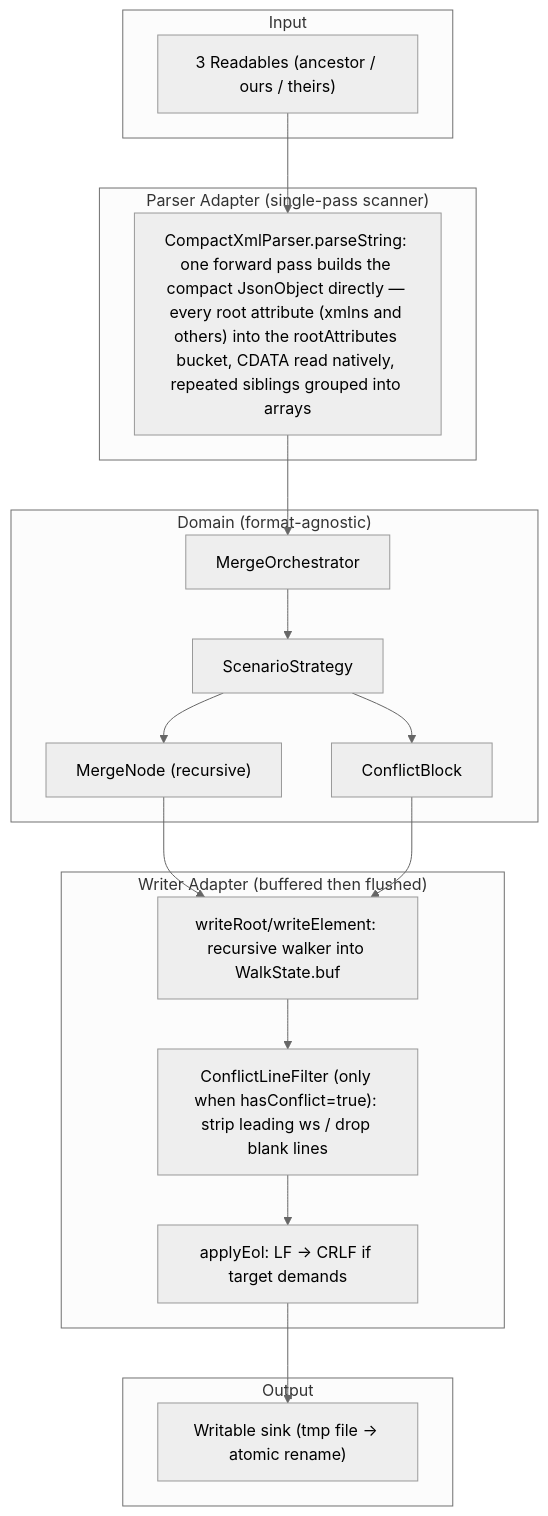
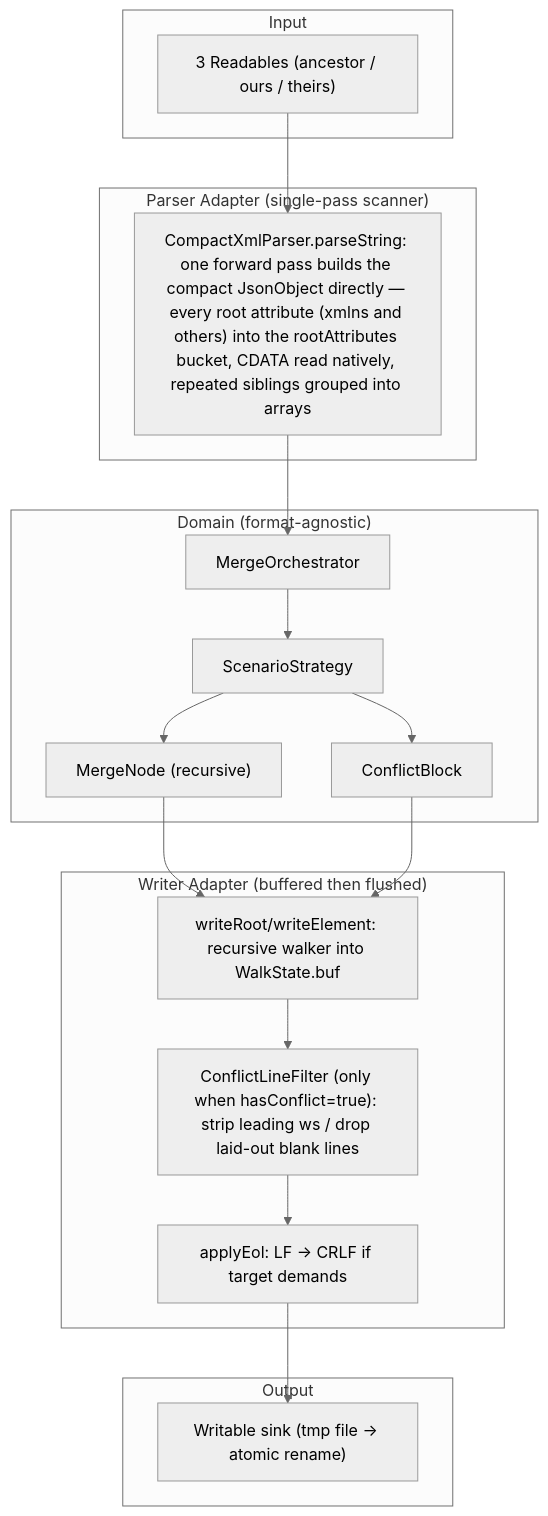
Before and after one commit to scolladon/sf-git-merge-driver: the sixth of 7 diagrams in DESIGN.md, drawn with Mermaid (neutral theme). The commit also changed other lines of this file and 2 other files, not shown here.

````diff
--- a/DESIGN.md
+++ b/DESIGN.md
@@ -300,35 +354,35 @@
 ```mermaid
 flowchart TD
     subgraph Input
         XML["3 Readables (ancestor / ours / theirs)"]
     end
 
     subgraph "Parser Adapter (single-pass scanner)"
         Parse["CompactXmlParser.parseString: one forward pass builds the compact JsonObject directly — every root attribute (xmlns and others) into the rootAttributes bucket, CDATA read natively, repeated siblings grouped into arrays"]
     end
 
     subgraph "Domain (format-agnostic)"
         Orchestrator["MergeOrchestrator"]
         Strategy["ScenarioStrategy"]
         Nodes["MergeNode (recursive)"]
         Conflict["ConflictBlock"]
     end
 
     subgraph "Writer Adapter (buffered then flushed)"
         Walk["writeRoot/writeElement: recursive walker into WalkState.buf"]
-        Filter["ConflictLineFilter (only when hasConflict=true): strip leading ws / drop blank lines"]
+        Filter["ConflictLineFilter (only when hasConflict=true): strip leading ws / drop laid-out blank lines"]
         Eol["applyEol: LF → CRLF if target demands"]
     end
 
     subgraph Output
         Result["Writable sink (tmp file → atomic rename)"]
     end
 
     XML --> Parse --> Orchestrator
     Orchestrator --> Strategy
     Strategy --> Nodes
     Strategy --> Conflict
     Nodes --> Walk
     Conflict --> Walk
     Walk --> Filter --> Eol --> Result
 ```
````
